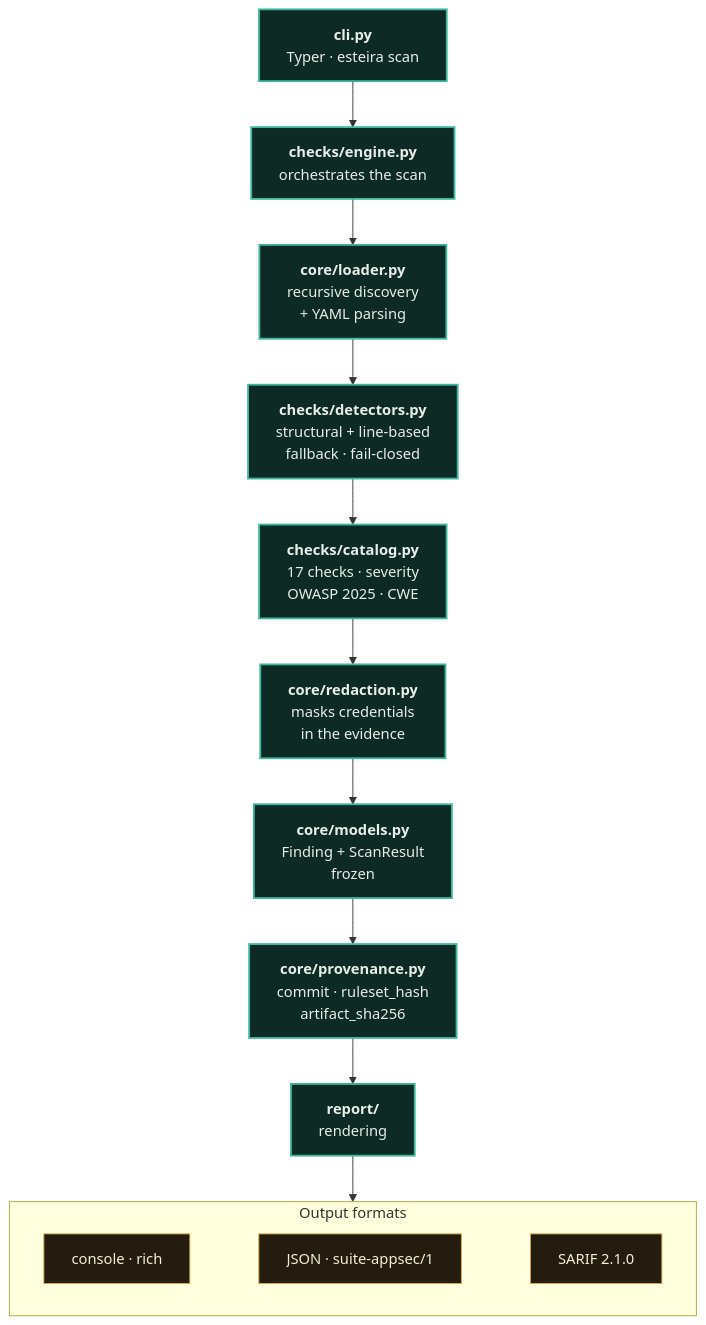
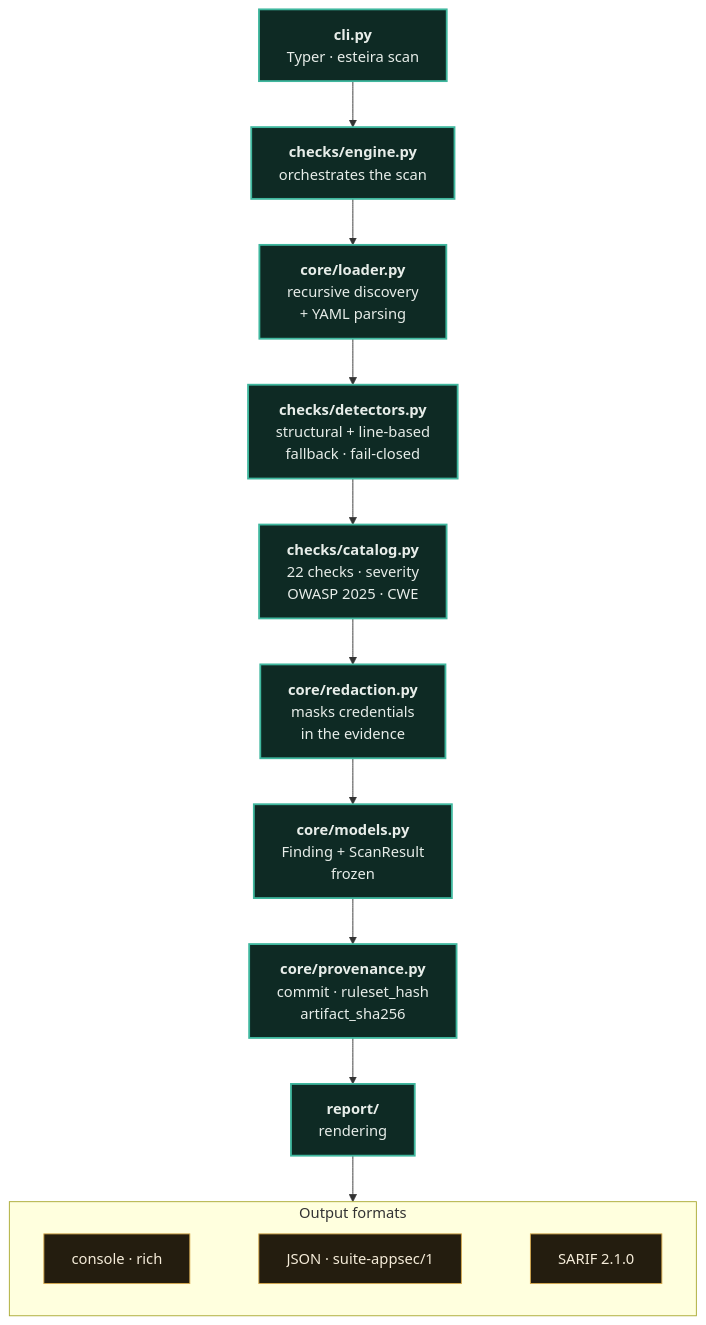
Before and after one commit to Paulo-Marcos-Lucio/esteira: the diagram in README.en.md, drawn with Mermaid. The commit also changed other lines of this file and 14 other files, not shown here.

````diff
--- a/README.en.md
+++ b/README.en.md
@@ -268,20 +274,20 @@
 ```mermaid
 flowchart TD
     A["<b>cli.py</b><br/>Typer · esteira scan"] --> ENG["<b>checks/engine.py</b><br/>orchestrates the scan"]
     ENG --> LOAD["<b>core/loader.py</b><br/>recursive discovery<br/>+ YAML parsing"]
     LOAD --> DET["<b>checks/detectors.py</b><br/>structural + line-based<br/>fallback · fail-closed"]
-    DET --> CAT["<b>checks/catalog.py</b><br/>17 checks · severity<br/>OWASP 2025 · CWE"]
+    DET --> CAT["<b>checks/catalog.py</b><br/>22 checks · severity<br/>OWASP 2025 · CWE"]
     CAT --> RED["<b>core/redaction.py</b><br/>masks credentials<br/>in the evidence"]
     RED --> FND["<b>core/models.py</b><br/>Finding + ScanResult<br/>frozen"]
     FND --> PRV["<b>core/provenance.py</b><br/>commit · ruleset_hash<br/>artifact_sha256"]
     PRV --> REP["<b>report/</b><br/>rendering"]
     REP --> OUT
     subgraph OUT [" Output formats "]
         direction LR
         CON["console · rich"] ~~~ JS["JSON · suite-appsec/1"] ~~~ SA["SARIF 2.1.0"]
     end
     classDef nucleo fill:#0e2a24,stroke:#3fb79e,stroke-width:2px,color:#e7ede9;
     classDef saida fill:#241d0f,stroke:#d6a94e,color:#f5ecd9;
     class A,ENG,LOAD,DET,CAT,RED,FND,PRV,REP nucleo;
     class CON,JS,SA saida;
 ```
````
